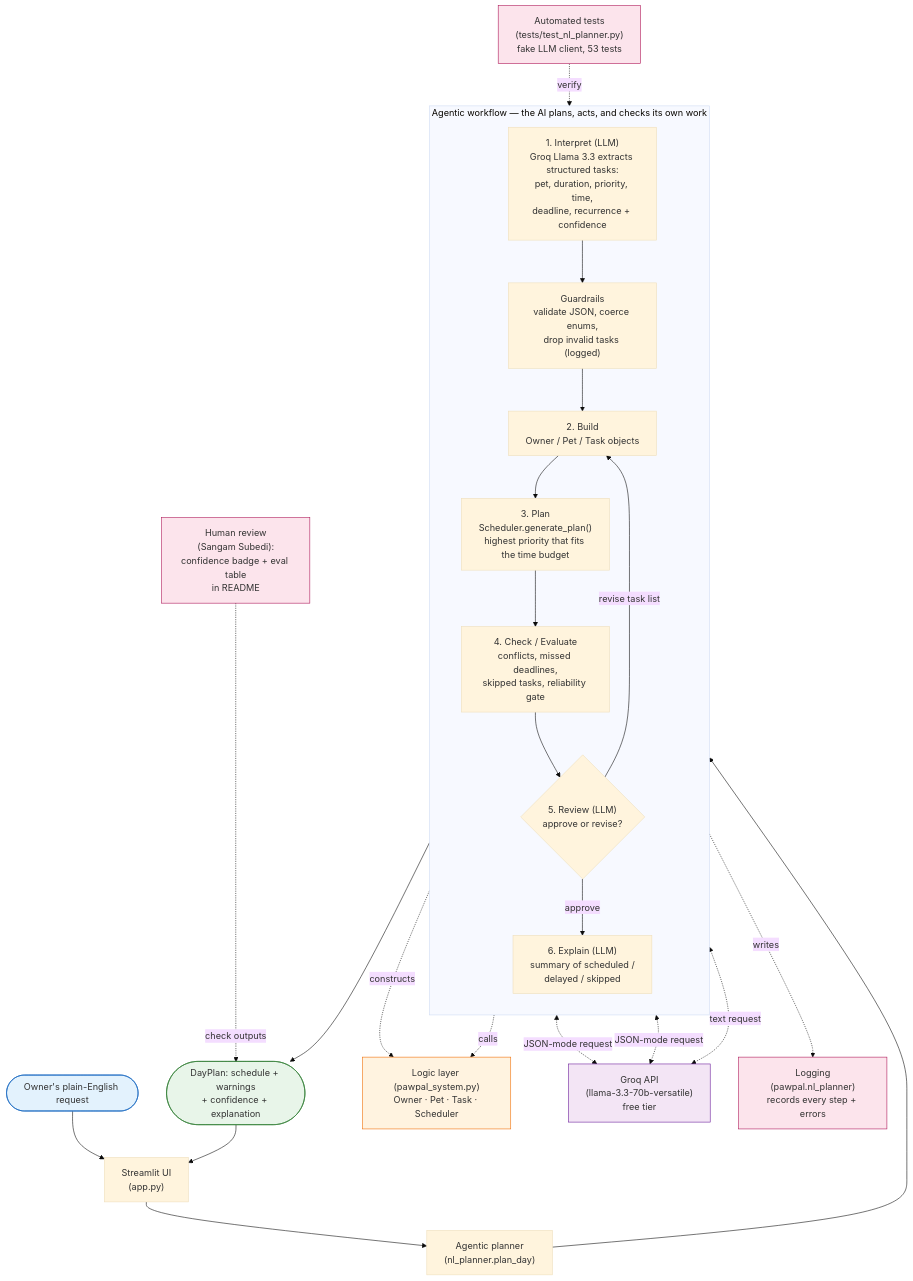
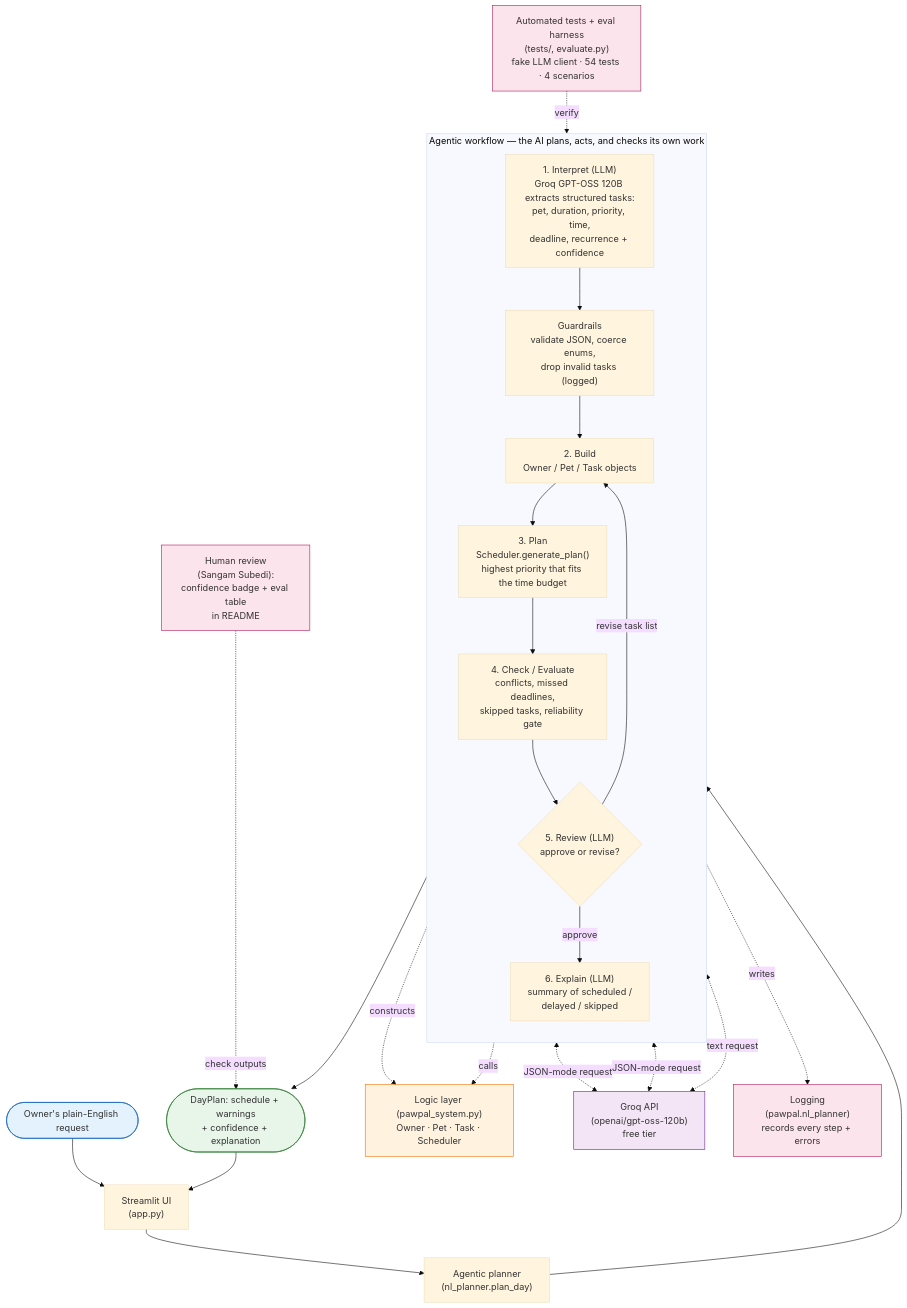
One commit to sangamhoni/applied-ai-system-proj changed the diagram in diagrams/architecture.mmd. Above: the diagram before and after it, drawn with Mermaid (base theme). The commit also changed 8 other files, not shown here.

Commit message:
docs: update to gpt-oss-120b, add real run + evaluate.py

```diff
--- a/diagrams/architecture.mmd
+++ b/diagrams/architecture.mmd
@@ -1,52 +1,52 @@
 flowchart TD
     %% PawPal+ Project 2: Natural-Language Daily Planner — system architecture.
     %% Shows the main components (agent steps, scheduler, evaluator, tester),
     %% how data flows input -> process -> output, and where humans / tests check the AI.
 
     IN([Owner's plain-English request]):::input --> UI["Streamlit UI<br/>(app.py)"]
     UI --> NL["Agentic planner<br/>(nl_planner.plan_day)"]
 
     subgraph AGENT ["Agentic workflow — the AI plans, acts, and checks its own work"]
         direction TB
-        I["1. Interpret (LLM)<br/>Groq Llama 3.3 extracts structured tasks:<br/>pet, duration, priority, time,<br/>deadline, recurrence + confidence"]
+        I["1. Interpret (LLM)<br/>Groq GPT-OSS 120B extracts structured tasks:<br/>pet, duration, priority, time,<br/>deadline, recurrence + confidence"]
         G["Guardrails<br/>validate JSON, coerce enums,<br/>drop invalid tasks (logged)"]
         B["2. Build<br/>Owner / Pet / Task objects"]
         P["3. Plan<br/>Scheduler.generate_plan()<br/>highest priority that fits the time budget"]
         C["4. Check / Evaluate<br/>conflicts, missed deadlines,<br/>skipped tasks, reliability gate"]
         R{"5. Review (LLM)<br/>approve or revise?"}
         E["6. Explain (LLM)<br/>summary of scheduled /<br/>delayed / skipped"]
 
         I --> G --> B --> P --> C --> R
         R -->|revise task list| B
         R -->|approve| E
     end
 
     NL --> I
     E --> OUT([DayPlan: schedule + warnings<br/>+ confidence + explanation]):::output
     OUT --> UI
 
     %% Rule-based core, reused unchanged.
     CORE["Logic layer (pawpal_system.py)<br/>Owner · Pet · Task · Scheduler"]:::core
     B -. "constructs" .-> CORE
     P -. "calls" .-> CORE
 
     %% External model.
-    API["Groq API<br/>(llama-3.3-70b-versatile)<br/>free tier"]:::ext
+    API["Groq API<br/>(openai/gpt-oss-120b)<br/>free tier"]:::ext
     I <-. "JSON-mode request" .-> API
     R <-. "JSON-mode request" .-> API
     E <-. "text request" .-> API
 
     %% Where testing and humans check the AI's results.
-    TEST["Automated tests<br/>(tests/test_nl_planner.py)<br/>fake LLM client, 53 tests"]:::check
+    TEST["Automated tests + eval harness<br/>(tests/, evaluate.py)<br/>fake LLM client · 54 tests · 4 scenarios"]:::check
     HUMAN["Human review<br/>(Sangam Subedi):<br/>confidence badge + eval table<br/>in README"]:::check
     LOG["Logging<br/>(pawpal.nl_planner)<br/>records every step + errors"]:::check
 
     TEST -. "verify" .-> AGENT
     HUMAN -. "check outputs" .-> OUT
     AGENT -. "writes" .-> LOG
 
     classDef input fill:#e3f2fd,stroke:#1565c0;
     classDef output fill:#e8f5e9,stroke:#2e7d32;
     classDef core fill:#fff3e0,stroke:#ef6c00;
     classDef ext fill:#f3e5f5,stroke:#6a1b9a;
     classDef check fill:#fce4ec,stroke:#ad1457;
```
